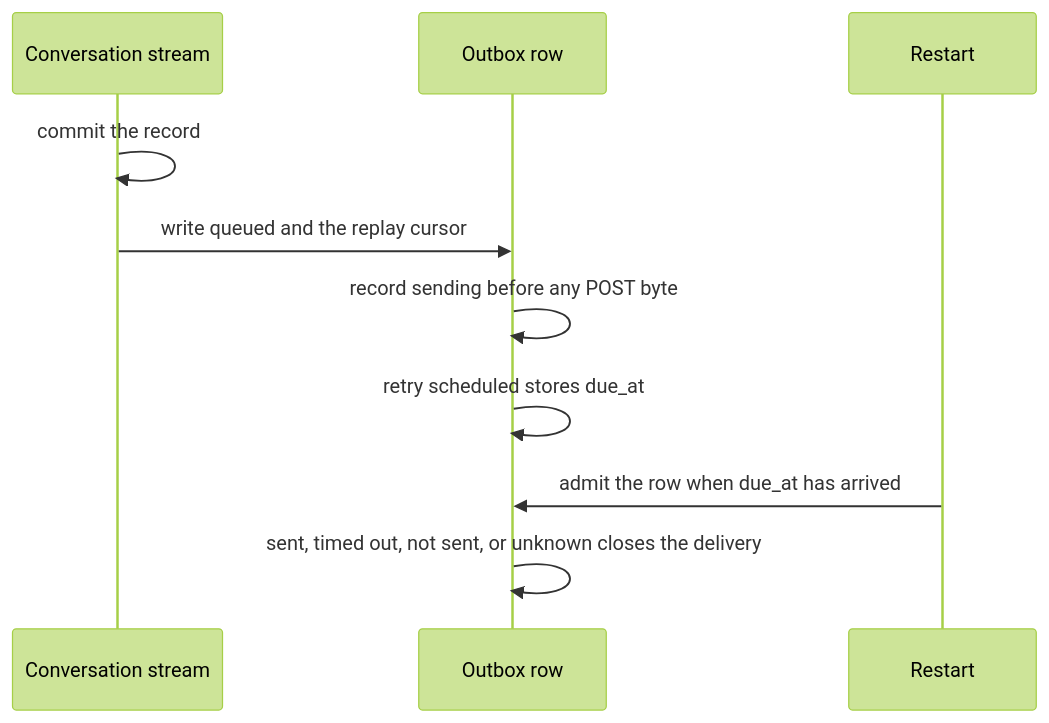
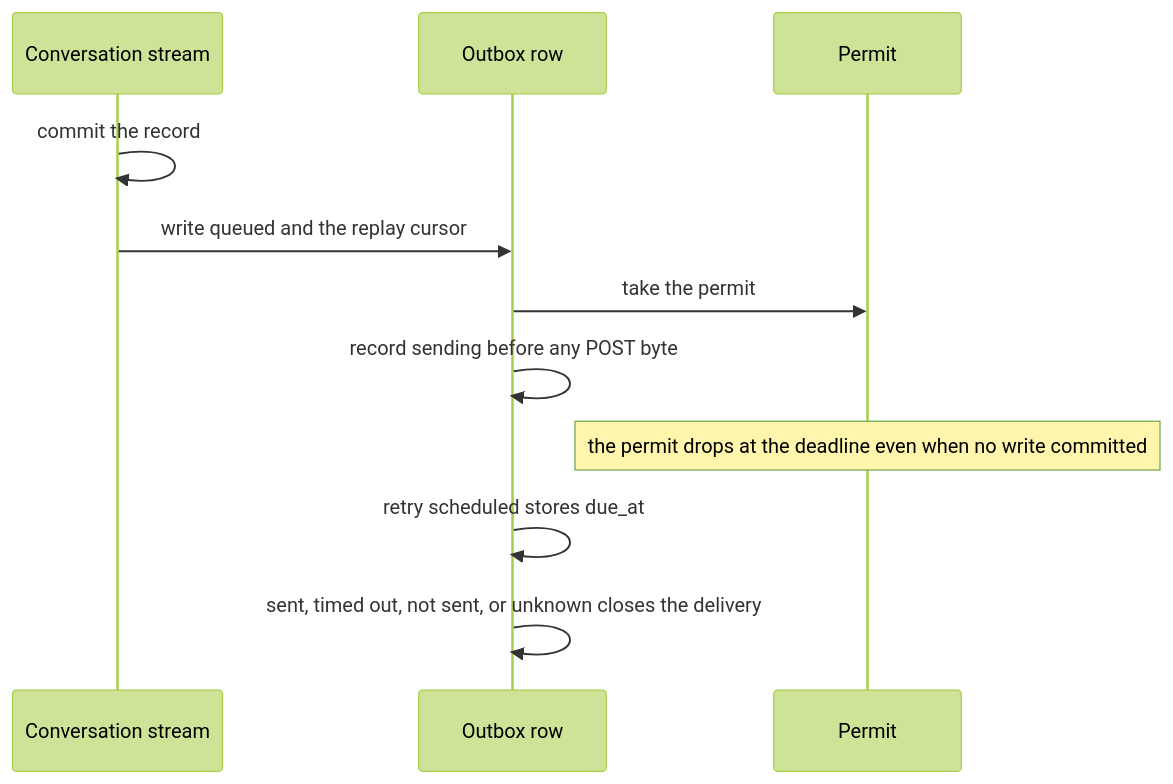
The fourth of 7 diagrams in docs/design/access-grants.md (nessalabs/nessa-agent), drawn with Mermaid (forest theme) before and after one commit. The commit also changed other lines of this file, not shown here.

````diff
--- a/docs/design/access-grants.md
+++ b/docs/design/access-grants.md
@@ -768,12 +837,13 @@
 ```mermaid
 sequenceDiagram
   participant Source as Conversation stream
   participant Outbox as Outbox row
-  participant Restart
+  participant Permit
   Source->>Source: commit the record
   Source->>Outbox: write queued and the replay cursor
+  Outbox->>Permit: take the permit
   Outbox->>Outbox: record sending before any POST byte
+  Note over Permit: the permit drops at the deadline even when no write committed
   Outbox->>Outbox: retry scheduled stores due_at
-  Restart->>Outbox: admit the row when due_at has arrived
   Outbox->>Outbox: sent, timed out, not sent, or unknown closes the delivery
 ```
````
